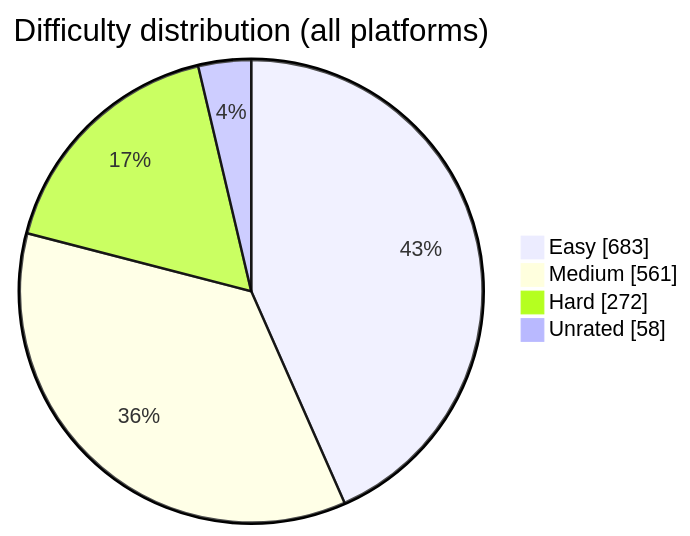
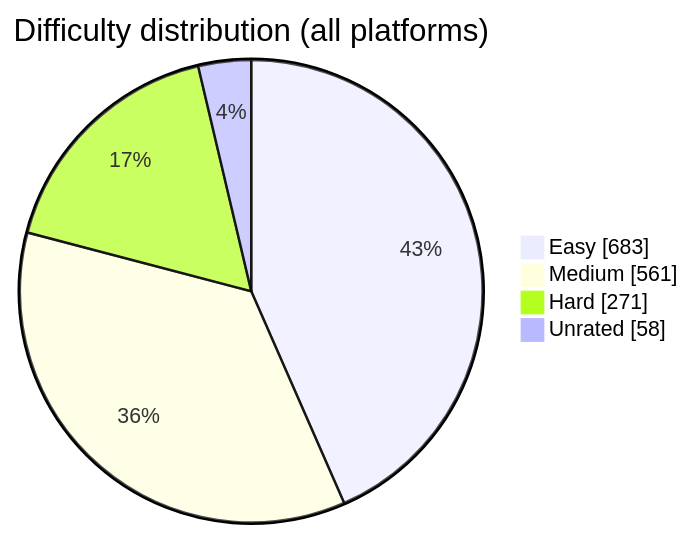
The diagram in README.md (BuildbyArindam/Daily-Coding-Log), drawn with Mermaid before and after one commit. The commit also changed other lines of this file, not shown here.

````diff
--- a/README.md
+++ b/README.md
@@ -93,7 +93,7 @@
 ```mermaid
 pie showData title Difficulty distribution (all platforms)
     "Easy" : 683
     "Medium" : 561
-    "Hard" : 272
+    "Hard" : 271
     "Unrated" : 58
 ```
````
